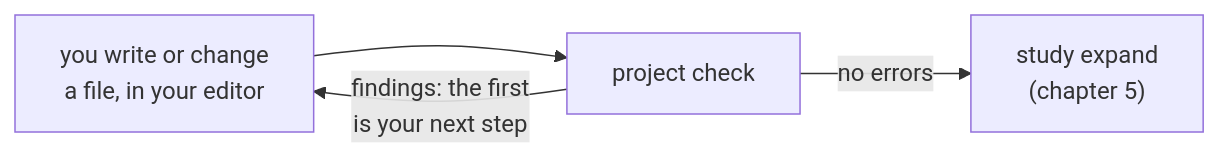
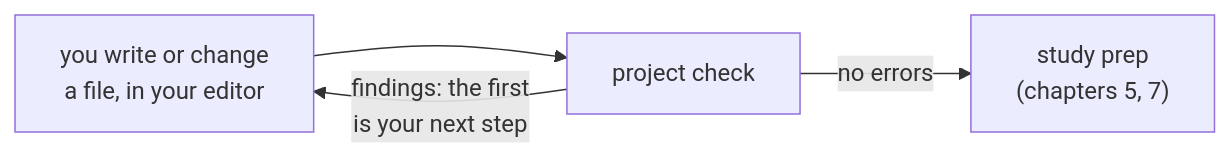
The first of 2 diagrams in docs/manual/4-check-it.md (Qing-LAB/femkit), drawn with Mermaid before and after one commit. The commit also changed other lines of this file and 512 other files, not shown here.

````diff
--- a/docs/manual/4-check-it.md
+++ b/docs/manual/4-check-it.md
@@ -14,6 +16,6 @@
 ```mermaid
 flowchart LR
     W["you write or change<br/>a file, in your editor"] --> C["project check"]
     C -->|"findings: the first<br/>is your next step"| W
-    C -->|"no errors"| E["study expand<br/>(chapter 5)"]
+    C -->|"no errors"| E["study prep<br/>(chapters 5, 7)"]
 ```
````
